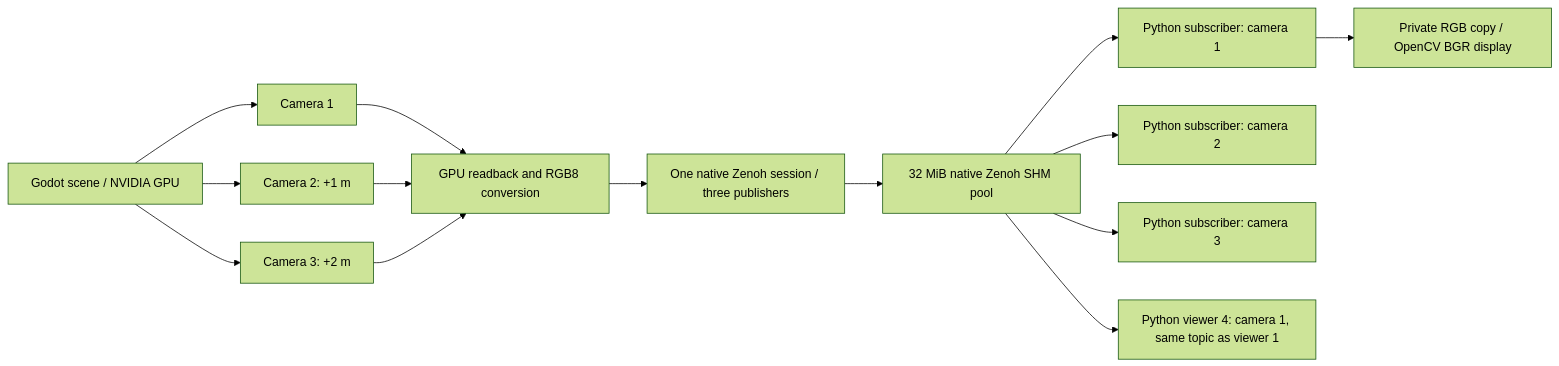
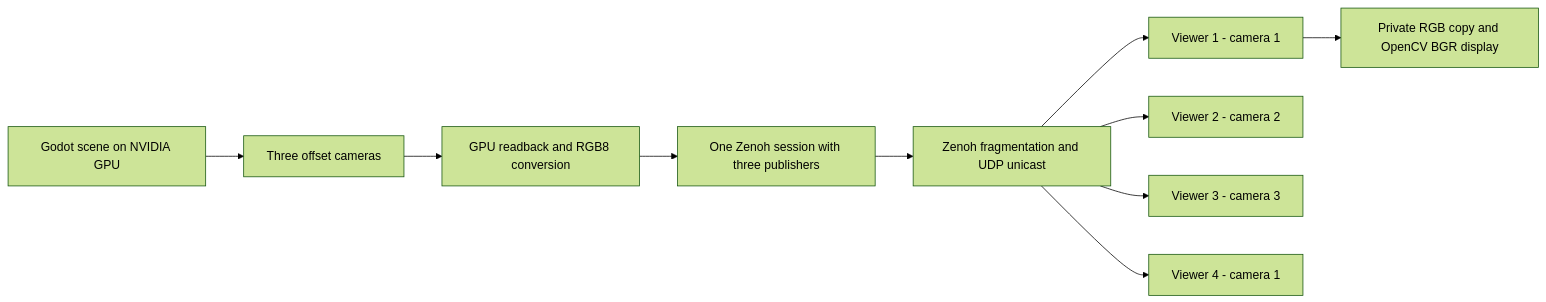
Before and after one commit to robobe/godot_camera_publish: the first of 2 diagrams in README.md, drawn with Mermaid (forest theme). The commit also changed other lines of this file and 6 other files, not shown here.

Commit message:
Add Zenoh UDP camera example and benchmark results

````diff
--- a/README.md
+++ b/README.md
@@ -66,16 +70,12 @@
 ```mermaid
 flowchart LR
-    Scene[Godot scene / NVIDIA GPU] --> C1[Camera 1]
-    Scene --> C2[Camera 2: +1 m]
-    Scene --> C3[Camera 3: +2 m]
-    C1 --> Readback[GPU readback and RGB8 conversion]
-    C2 --> Readback
-    C3 --> Readback
-    Readback --> Publisher[One native Zenoh session / three publishers]
-    Publisher --> Pool[32 MiB native Zenoh SHM pool]
-    Pool --> S1[Python subscriber: camera 1]
-    Pool --> S2[Python subscriber: camera 2]
-    Pool --> S3[Python subscriber: camera 3]
-    Pool --> S4[Python viewer 4: camera 1, same topic as viewer 1]
-    S1 --> Display[Private RGB copy / OpenCV BGR display]
+    Scene[Godot scene on NVIDIA GPU] --> Cameras[Three offset cameras]
+    Cameras --> Readback[GPU readback and RGB8 conversion]
+    Readback --> Publisher[One Zenoh session with three publishers]
+    Publisher --> UDP[Zenoh fragmentation and UDP unicast]
+    UDP --> V1[Viewer 1 - camera 1]
+    UDP --> V2[Viewer 2 - camera 2]
+    UDP --> V3[Viewer 3 - camera 3]
+    UDP --> V4[Viewer 4 - camera 1]
+    V1 --> Display[Private RGB copy and OpenCV BGR display]
 ```
````
